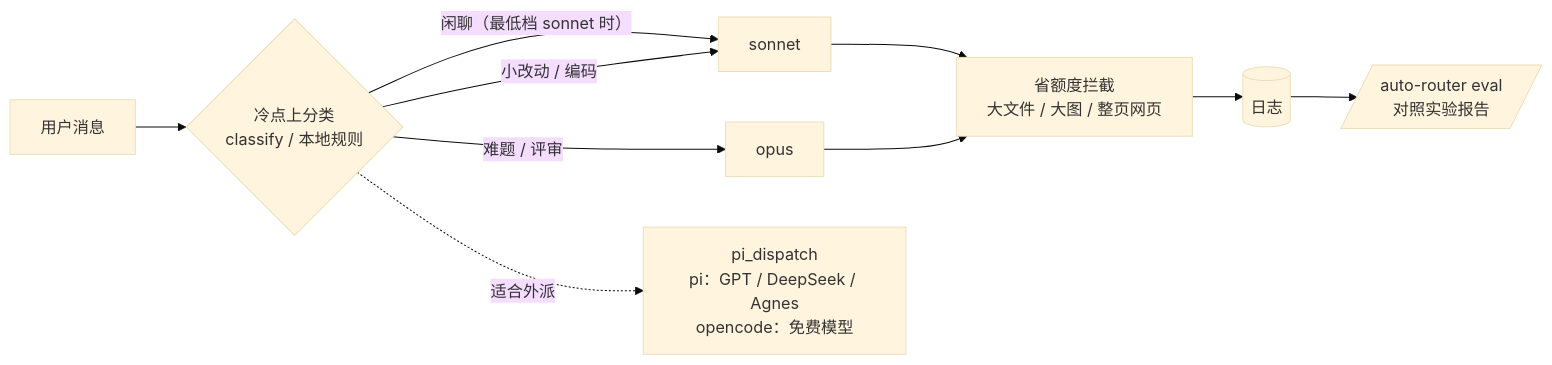
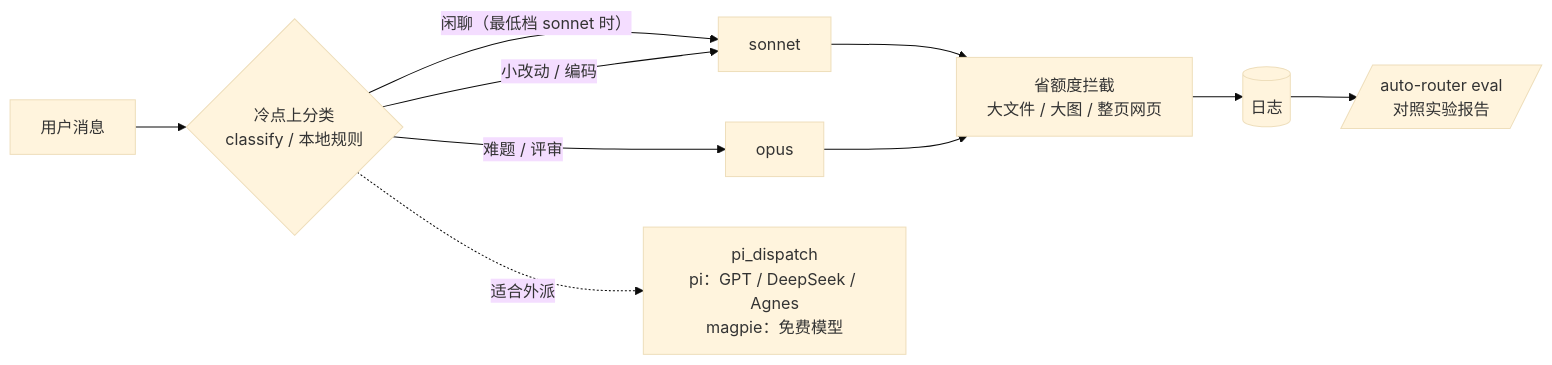
The diagram in README.md (chinbor/auto-router), drawn with Mermaid (base theme) before and after one commit. The commit also changed other lines of this file and 22 other files, not shown here.

````diff
--- a/README.md
+++ b/README.md
@@ -17,10 +13,10 @@
 ```mermaid
 flowchart LR
     P[用户消息] --> C{冷点上分类<br/>classify / 本地规则}
     C -->|闲聊（最低档 sonnet 时）| S
     C -->|小改动 / 编码| S[sonnet]
     C -->|难题 / 评审| O[opus]
-    C -.适合外派.-> PI[pi_dispatch<br/>pi：GPT / DeepSeek / Agnes<br/>opencode：免费模型]
+    C -.适合外派.-> PI[pi_dispatch<br/>pi：GPT / DeepSeek / Agnes<br/>magpie：免费模型]
     S & O --> G[省额度拦截<br/>大文件 / 大图 / 整页网页]
     G --> L[(日志)] --> E[/auto-router eval<br/>对照实验报告/]
 ```
````
